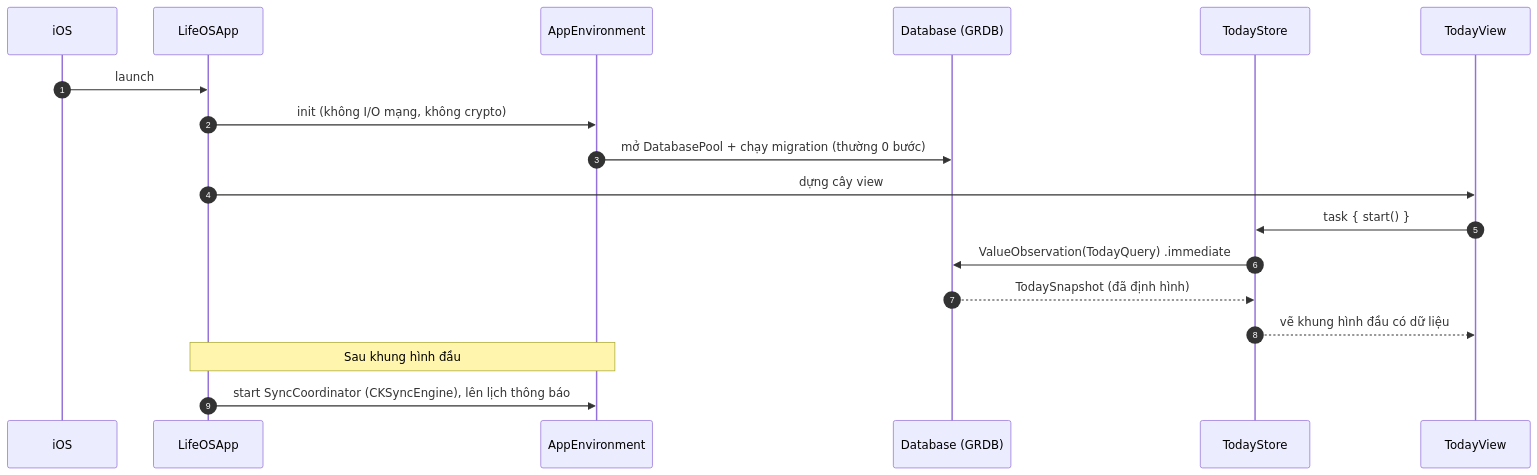
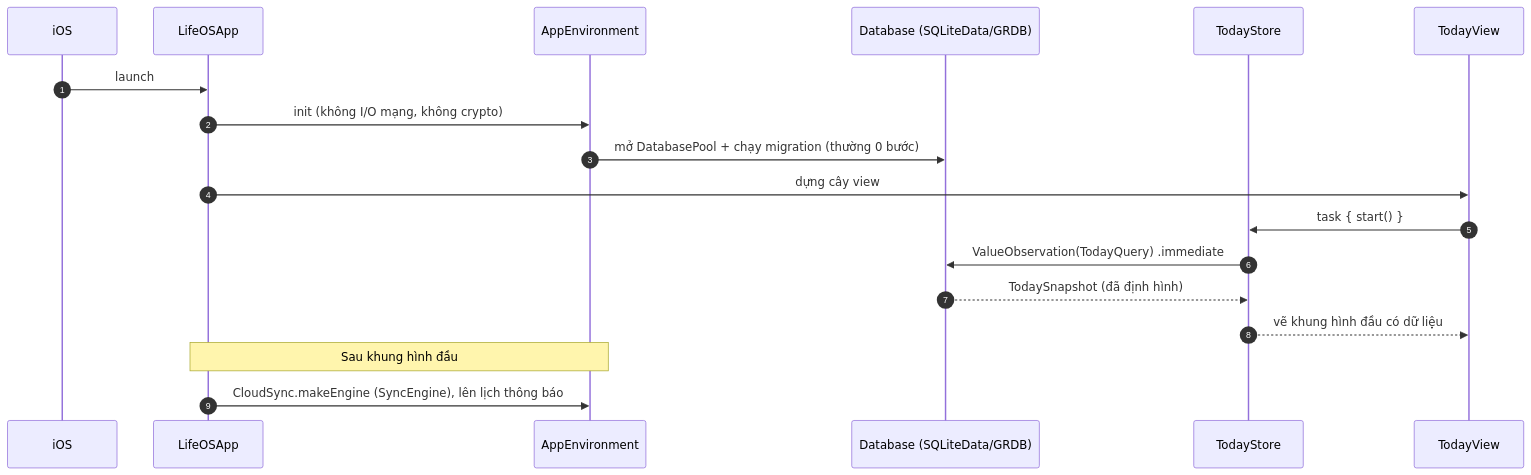
Before and after one commit to duong6003/Life-OS: the third of 9 diagrams in docs/architecture/system-design.md, drawn with Mermaid. The commit also changed other lines of this file and 71 other files, not shown here.

Commit message:
docs: adopt SQLiteData for MVP (ADR-0016)

````diff
--- a/docs/architecture/system-design.md
+++ b/docs/architecture/system-design.md
@@ -90,20 +87,20 @@
 ```mermaid
 sequenceDiagram
   autonumber
   participant OS as iOS
   participant App as LifeOSApp
   participant Env as AppEnvironment
-  participant DB as Database (GRDB)
+  participant DB as Database (SQLiteData/GRDB)
   participant TS as TodayStore
   participant V as TodayView
   OS->>App: launch
   App->>Env: init (không I/O mạng, không crypto)
   Env->>DB: mở DatabasePool + chạy migration (thường 0 bước)
   App->>V: dựng cây view
   V->>TS: task { start() }
   TS->>DB: ValueObservation(TodayQuery) .immediate
   DB-->>TS: TodaySnapshot (đã định hình)
   TS-->>V: vẽ khung hình đầu có dữ liệu
   Note over App,Env: Sau khung hình đầu
-  App->>Env: start SyncCoordinator (CKSyncEngine), lên lịch thông báo
+  App->>Env: CloudSync.makeEngine (SyncEngine), lên lịch thông báo
 ```
````
